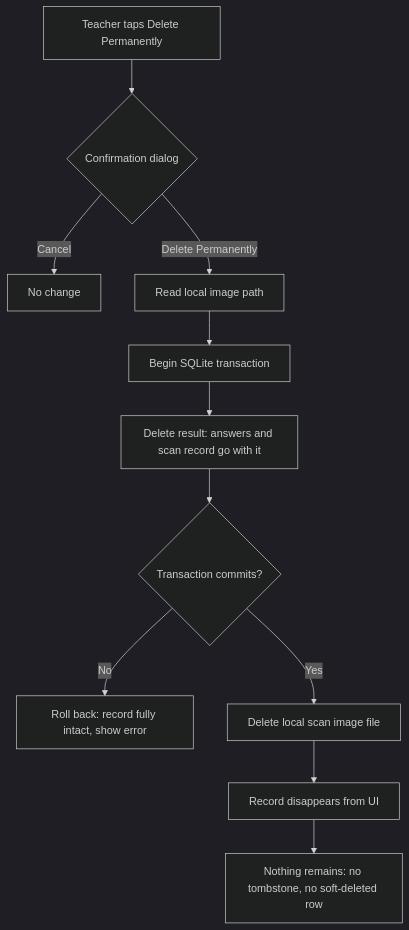
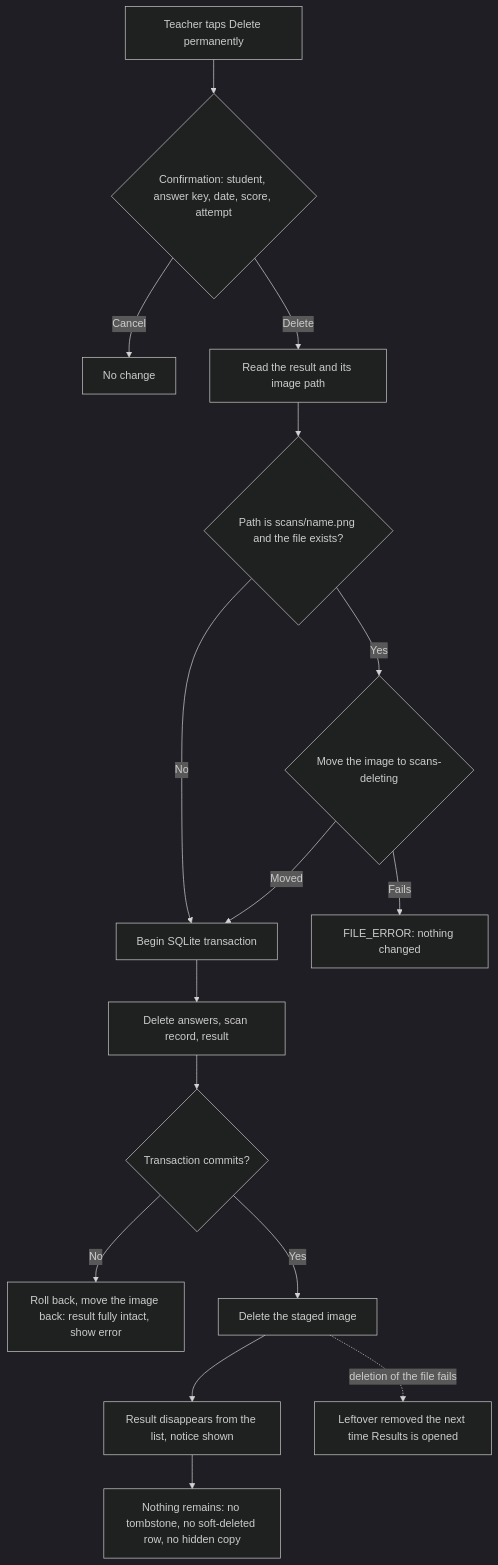
One commit to nicolaseugenio2022-cyber/answer-checker changed diagram 13 of 13 in docs/diagrams.md. Above: the diagram before and after it, drawn with Mermaid (dark theme). The commit also changed other lines of this file and 5 other files, not shown here.

Commit message:
docs: synchronize documentation with schema version 7 and Results

````diff
--- a/docs/diagrams.md
+++ b/docs/diagrams.md
@@ -439,13 +455,18 @@
 ```mermaid
 flowchart TD
-    A["Teacher taps Delete Permanently"] --> B{"Confirmation dialog"}
+    A["Teacher taps Delete permanently"] --> B{"Confirmation: student, answer key, date, score, attempt"}
     B -- Cancel --> Z["No change"]
-    B -- "Delete Permanently" --> P["Read local image path"]
-    P --> C["Begin SQLite transaction"]
-    C --> E["Delete result: answers and scan record go with it"]
+    B -- Delete --> P["Read the result and its image path"]
+    P --> S{"Path is scans/name.png and the file exists?"}
+    S -- No --> C["Begin SQLite transaction"]
+    S -- Yes --> M{"Move the image to scans-deleting"}
+    M -- Fails --> X["FILE_ERROR: nothing changed"]
+    M -- Moved --> C
+    C --> E["Delete answers, scan record, result"]
     E --> F{"Transaction commits?"}
-    F -- No --> R["Roll back: record fully intact, show error"]
-    F -- Yes --> G["Delete local scan image file"]
-    G --> H["Record disappears from UI"]
-    H --> I["Nothing remains: no tombstone, no soft-deleted row"]
+    F -- No --> R["Roll back, move the image back: result fully intact, show error"]
+    F -- Yes --> G["Delete the staged image"]
+    G --> H["Result disappears from the list, notice shown"]
+    H --> I["Nothing remains: no tombstone, no soft-deleted row, no hidden copy"]
+    G -. "deletion of the file fails" .-> L["Leftover removed the next time Results is opened"]
 ```
````
